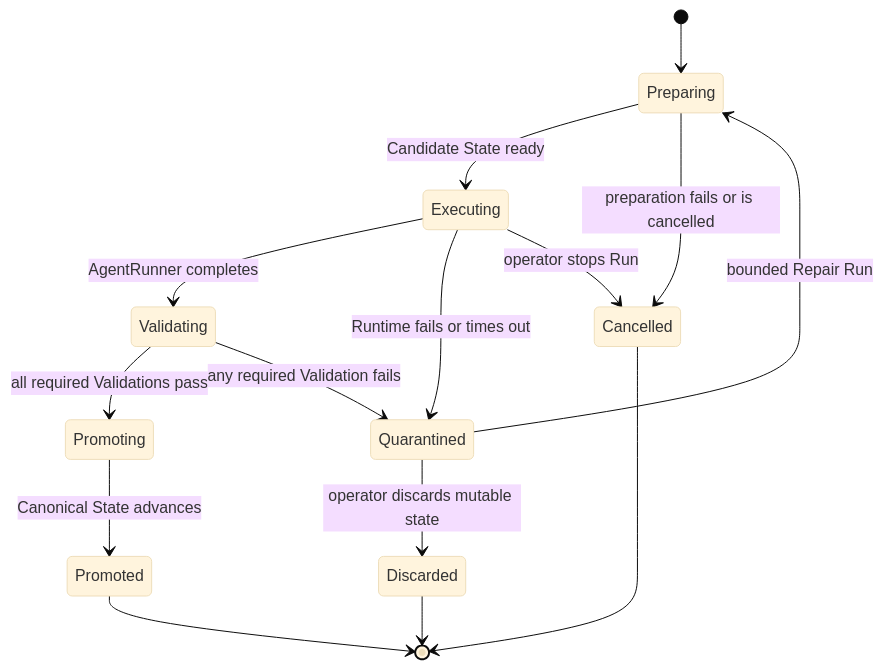
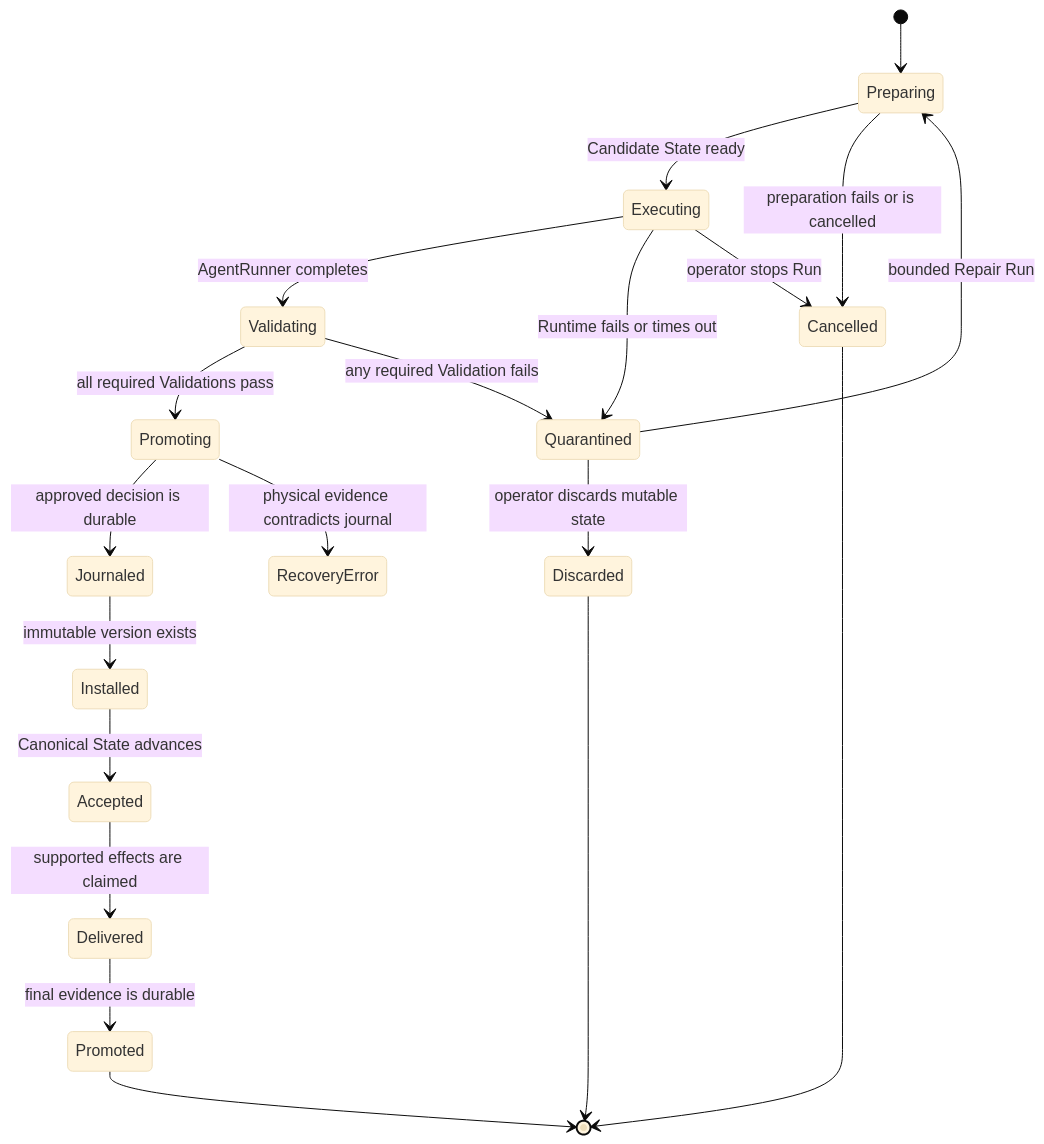
Before and after one commit to Kk120306/agent-airlock: the second of 2 diagrams in docs/architecture/agent-airlock.md, drawn with Mermaid (base theme). The commit also changed other lines of this file and 26 other files, not shown here.

````diff
--- a/docs/architecture/agent-airlock.md
+++ b/docs/architecture/agent-airlock.md
@@ -103,17 +120,22 @@
 ```mermaid
 stateDiagram-v2
     [*] --> Preparing
     Preparing --> Executing: Candidate State ready
     Preparing --> Cancelled: preparation fails or is cancelled
     Executing --> Validating: AgentRunner completes
     Executing --> Quarantined: Runtime fails or times out
     Executing --> Cancelled: operator stops Run
     Validating --> Promoting: all required Validations pass
     Validating --> Quarantined: any required Validation fails
-    Promoting --> Promoted: Canonical State advances
+    Promoting --> Journaled: approved decision is durable
+    Journaled --> Installed: immutable version exists
+    Installed --> Accepted: Canonical State advances
+    Accepted --> Delivered: supported effects are claimed
+    Delivered --> Promoted: final evidence is durable
+    Promoting --> RecoveryError: physical evidence contradicts journal
     Quarantined --> Preparing: bounded Repair Run
     Quarantined --> Discarded: operator discards mutable state
     Promoted --> [*]
     Discarded --> [*]
     Cancelled --> [*]
 ```
````
